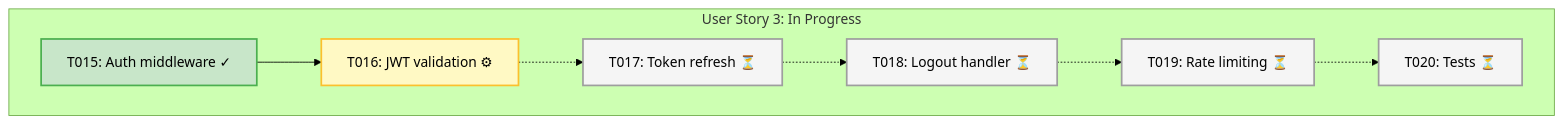
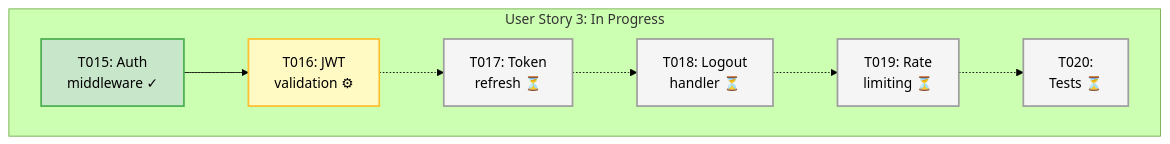
The fourth of 6 diagrams in README.md (veerabhadra-ponna/spec-kit-smart), drawn with Mermaid (forest theme) before and after one commit. The commit also changed other lines of this file, not shown here.

````diff
--- a/README.md
+++ b/README.md
@@ -981,24 +942,18 @@
 ```mermaid
-graph TD
+graph LR
     subgraph US3["User Story 3: In Progress"]
-        T015["T015: Auth middleware ✓"]
-        T016["T016: JWT validation ⚙"]
-        T017["T017: Token refresh ⏳"]
-        T018["T018: Logout handler ⏳"]
-        T019["T019: Rate limiting ⏳"]
-        T020["T020: Tests ⏳"]
-
-        T015 --> T016
-        T016 -.-> T017
-        T017 -.-> T018
-        T018 -.-> T019
-        T019 -.-> T020
+        direction LR
+        T015["T015: Auth<br/>middleware ✓"] --> T016["T016: JWT<br/>validation ⚙"]
+        T016 -.-> T017["T017: Token<br/>refresh ⏳"]
+        T017 -.-> T018["T018: Logout<br/>handler ⏳"]
+        T018 -.-> T019["T019: Rate<br/>limiting ⏳"]
+        T019 -.-> T020["T020:<br/>Tests ⏳"]
     end
 
     style T015 fill:#c8e6c9,stroke:#4caf50,stroke-width:2px
     style T016 fill:#fff9c4,stroke:#fbc02d,stroke-width:2px
     style T017 fill:#f5f5f5,stroke:#9e9e9e,stroke-width:2px
     style T018 fill:#f5f5f5,stroke:#9e9e9e,stroke-width:2px
     style T019 fill:#f5f5f5,stroke:#9e9e9e,stroke-width:2px
     style T020 fill:#f5f5f5,stroke:#9e9e9e,stroke-width:2px
 ```
````
